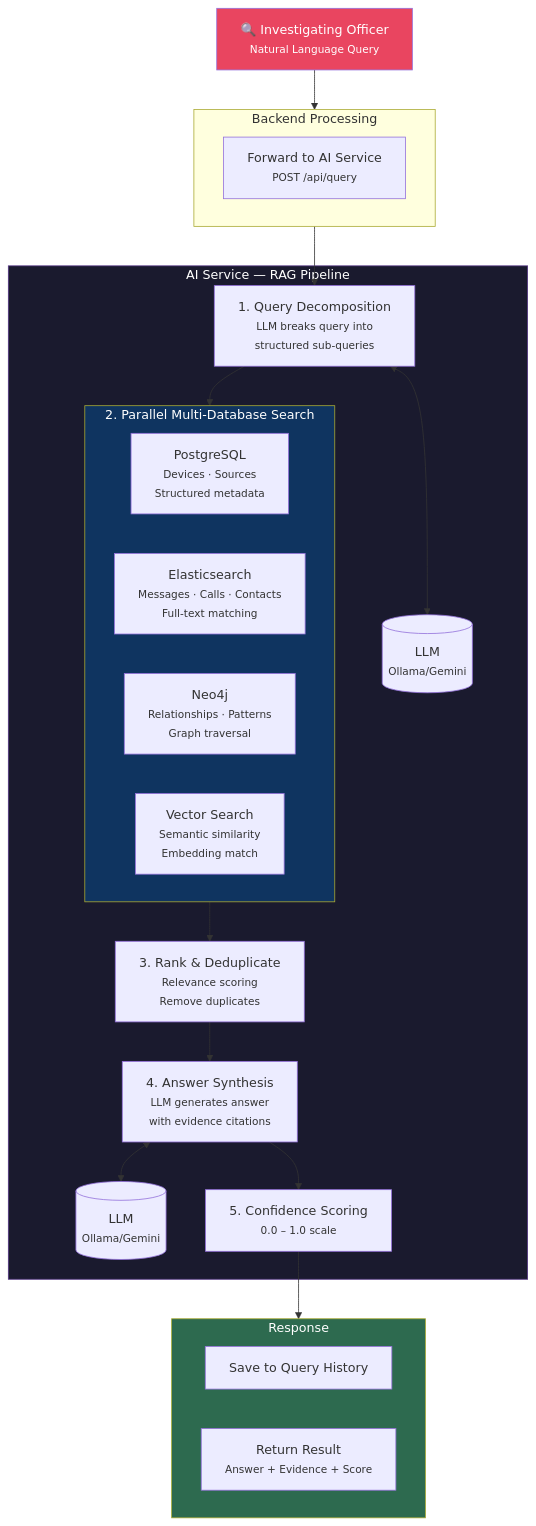
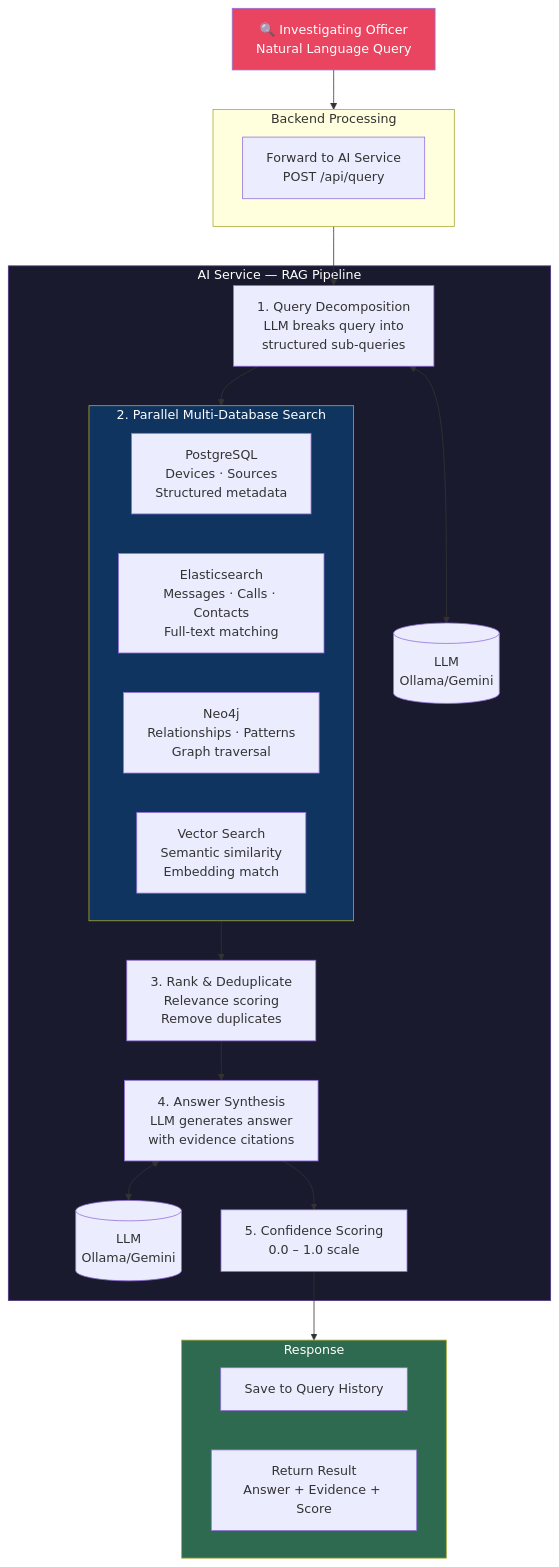
The fifth of 7 diagrams in DATA-FLOW-DIAGRAM.md (beingbrijesh/CopSight), drawn with Mermaid before and after one commit. The commit also changed other lines of this file and 4 other files, not shown here.

Commit message:
docs: Fix Mermaid diagram text cropping and add professional Contributors section

````diff
--- a/DATA-FLOW-DIAGRAM.md
+++ b/DATA-FLOW-DIAGRAM.md
@@ -234,43 +234,43 @@
 ```mermaid
 flowchart TD
-    IO["🔍 Investigating Officer<br/><small>Natural Language Query</small>"]
+    IO["🔍 Investigating Officer<br/>Natural Language Query"]
 
     subgraph Backend["Backend Processing"]
-        SendToAI["Forward to AI Service<br/><small>POST /api/query</small>"]
+        SendToAI["Forward to AI Service<br/>POST /api/query"]
     end
 
     subgraph AIService["AI Service — RAG Pipeline"]
-        Decompose["1. Query Decomposition<br/><small>LLM breaks query into<br/>structured sub-queries</small>"]
-        LLM1[("LLM<br/><small>Ollama/Gemini</small>")]
+        Decompose["1. Query Decomposition<br/>LLM breaks query into<br/>structured sub-queries"]
+        LLM1[("LLM<br/>Ollama/Gemini")]
 
         subgraph ParallelSearch["2. Parallel Multi-Database Search"]
             direction LR
-            PGSearch["PostgreSQL<br/><small>Devices · Sources<br/>Structured metadata</small>"]
-            ESSearch["Elasticsearch<br/><small>Messages · Calls · Contacts<br/>Full-text matching</small>"]
-            NeoSearch["Neo4j<br/><small>Relationships · Patterns<br/>Graph traversal</small>"]
-            VecSearch["Vector Search<br/><small>Semantic similarity<br/>Embedding match</small>"]
+            PGSearch["PostgreSQL<br/>Devices · Sources<br/>Structured metadata"]
+            ESSearch["Elasticsearch<br/>Messages · Calls · Contacts<br/>Full-text matching"]
+            NeoSearch["Neo4j<br/>Relationships · Patterns<br/>Graph traversal"]
+            VecSearch["Vector Search<br/>Semantic similarity<br/>Embedding match"]
         end
 
-        Rank["3. Rank & Deduplicate<br/><small>Relevance scoring<br/>Remove duplicates</small>"]
-        Synthesize["4. Answer Synthesis<br/><small>LLM generates answer<br/>with evidence citations</small>"]
-        LLM2[("LLM<br/><small>Ollama/Gemini</small>")]
-        Score["5. Confidence Scoring<br/><small>0.0 – 1.0 scale</small>"]
+        Rank["3. Rank & Deduplicate<br/>Relevance scoring<br/>Remove duplicates"]
+        Synthesize["4. Answer Synthesis<br/>LLM generates answer<br/>with evidence citations"]
+        LLM2[("LLM<br/>Ollama/Gemini")]
+        Score["5. Confidence Scoring<br/>0.0 – 1.0 scale"]
     end
 
     subgraph Response["Response"]
         SaveHistory["Save to Query History"]
-        ReturnResult["Return Result<br/><small>Answer + Evidence + Score</small>"]
+        ReturnResult["Return Result<br/>Answer + Evidence + Score"]
     end
 
     IO --> Backend --> Decompose
     Decompose <--> LLM1
     Decompose --> ParallelSearch
     ParallelSearch --> Rank --> Synthesize
     Synthesize <--> LLM2
     Synthesize --> Score --> Response
 
     style IO fill:#e94560,color:#fff
     style AIService fill:#1a1a2e,stroke:#533483,color:#fff
     style ParallelSearch fill:#0f3460,color:#fff
     style Response fill:#2d6a4f,color:#fff
 ```
````
